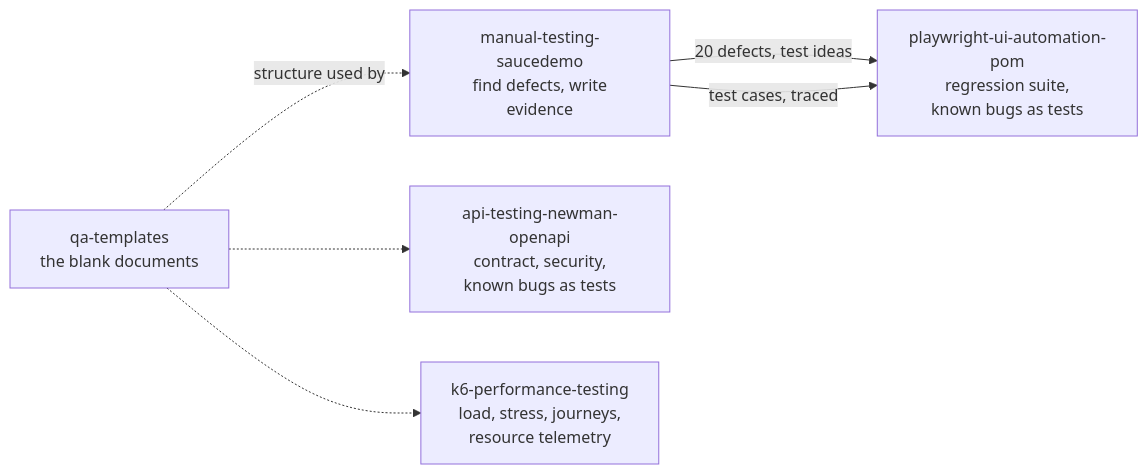
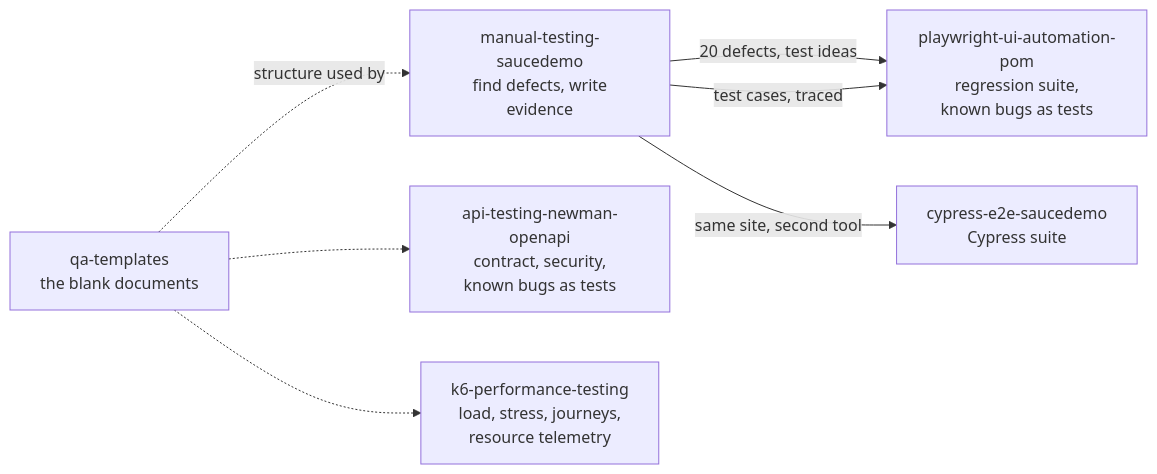
Before and after one commit to jahidulislamrihan26/sqa-portfolio: the diagram in README.md, drawn with Mermaid. The commit also changed other lines of this file and 2 other files, not shown here.

Commit message:
Hub: add the Cypress project, mutation-testing and SQL results

````diff
--- a/README.md
+++ b/README.md
@@ -20,10 +21,11 @@
 ```mermaid
 flowchart LR
     M[manual-testing-saucedemo<br/>find defects, write<br/>evidence] -->|20 defects, test ideas| A[playwright-ui-automation-pom<br/>regression suite,<br/>known bugs as tests]
     M -->|test cases, traced| A
+    M -->|same site, second tool| C[cypress-e2e-saucedemo<br/>Cypress suite]
     API[api-testing-newman-openapi<br/>contract, security,<br/>known bugs as tests]
     P[k6-performance-testing<br/>load, stress, journeys,<br/>resource telemetry]
     T[qa-templates<br/>the blank documents] -.->|structure used by| M
     T -.-> API
     T -.-> P
 ```
````
